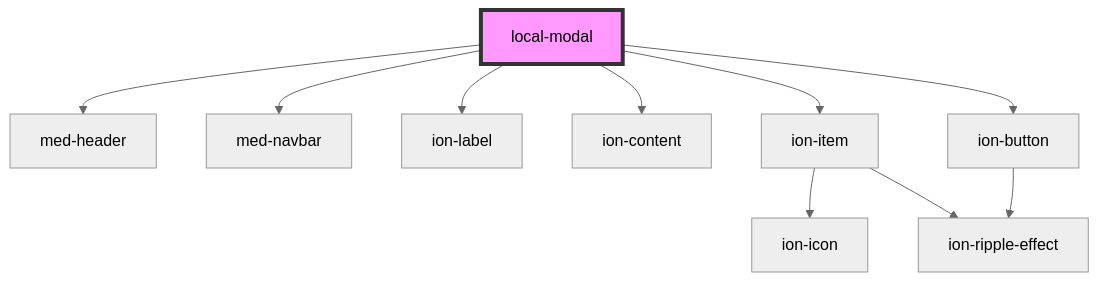
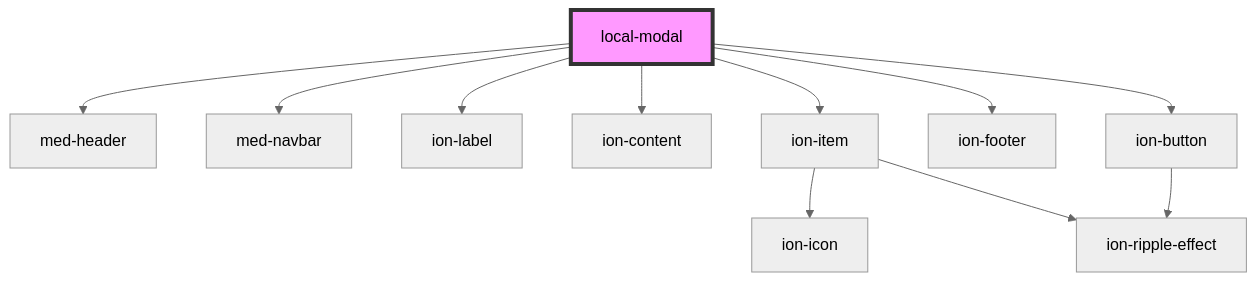
Before and after one commit to MEDGRUPOGIT/ionic-framework-1: the diagram in core/src/components/@templarios/ionic-1-migracao/simulados/local-modal/readme.md, drawn with Mermaid (neutral theme). The commit also changed other lines of this file and 18 other files, not shown here.

Commit message:
Ajuste ion-footer

````diff
--- a/core/src/components/@templarios/ionic-1-migracao/simulados/local-modal/readme.md
+++ b/core/src/components/@templarios/ionic-1-migracao/simulados/local-modal/readme.md
@@ -20,13 +21,14 @@
 ```mermaid
 graph TD;
   local-modal --> med-header
   local-modal --> med-navbar
   local-modal --> ion-label
   local-modal --> ion-content
   local-modal --> ion-item
+  local-modal --> ion-footer
   local-modal --> ion-button
   ion-item --> ion-icon
   ion-item --> ion-ripple-effect
   ion-button --> ion-ripple-effect
   style local-modal fill:#f9f,stroke:#333,stroke-width:4px
 ```
````
